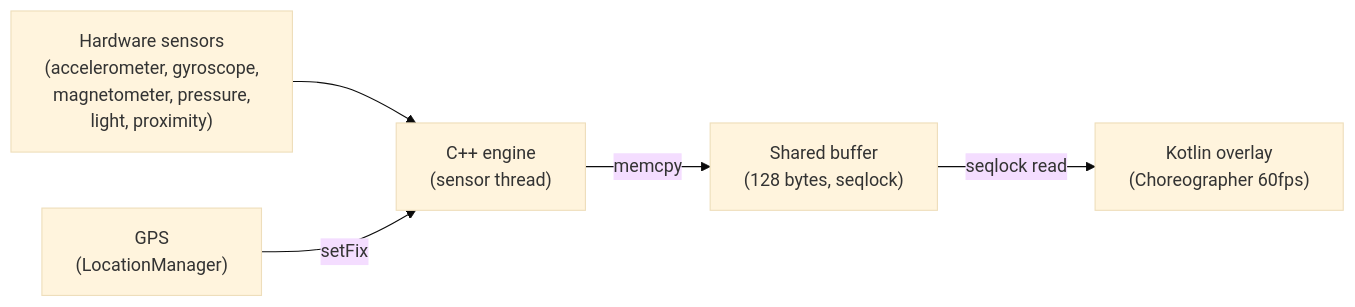
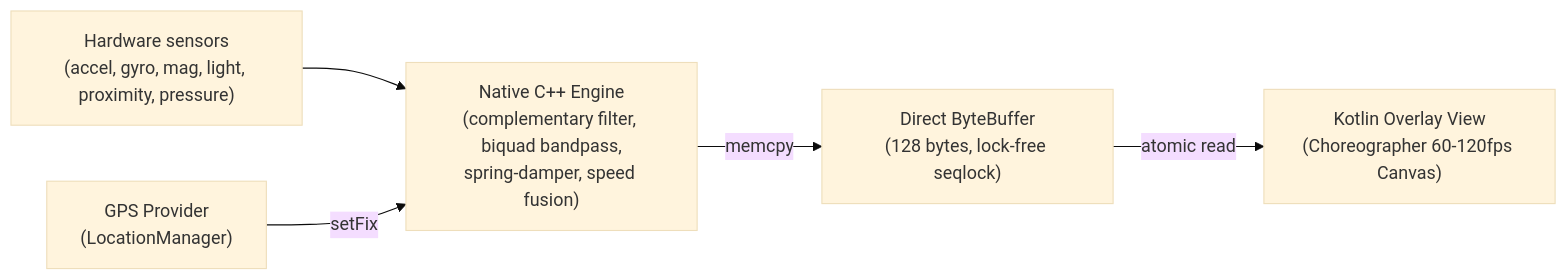
One commit to SniperOfTDM/MotionClue changed the diagram in README.md. Above: the diagram before and after it, drawn with Mermaid (base theme). The commit also changed other lines of this file and 4 other files, not shown here.

````diff
--- a/README.md
+++ b/README.md
@@ -37,13 +62,13 @@
 ```mermaid
 flowchart LR
-    S["Hardware sensors\n(accelerometer, gyroscope,\nmagnetometer, pressure,\nlight, proximity)"]
-    G["GPS\n(LocationManager)"]
-    E["C++ engine\n(sensor thread)"]
-    B["Shared buffer\n(128 bytes, seqlock)"]
-    K["Kotlin overlay\n(Choreographer 60fps)"]
+    S["Hardware sensors\n(accel, gyro, mag, light, proximity, pressure)"]
+    G["GPS Provider\n(LocationManager)"]
+    E["Native C++ Engine\n(complementary filter, biquad bandpass,\nspring-damper, speed fusion)"]
+    B["Direct ByteBuffer\n(128 bytes, lock-free seqlock)"]
+    K["Kotlin Overlay View\n(Choreographer 60-120fps Canvas)"]
 
     S --> E
     G -->|setFix| E
     E -->|memcpy| B
-    B -->|seqlock read| K
+    B -->|atomic read| K
 ```
````
